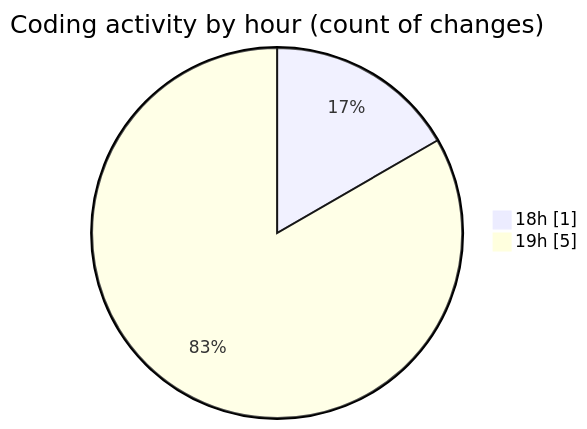
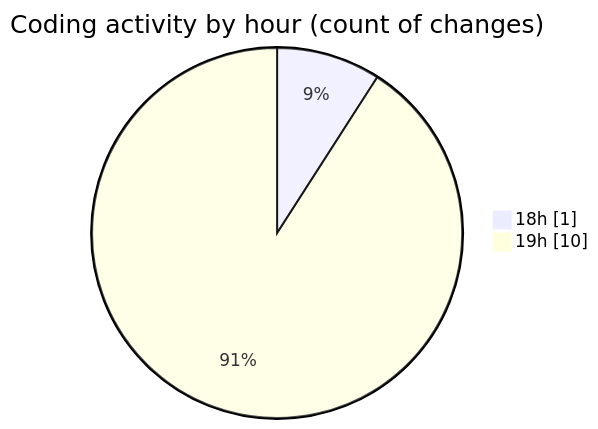
One commit to Netris89/code-tracking changed the second of 2 diagrams in 2025-03-30/front-end/README.md. Above: the diagram before and after it, drawn with Mermaid. The commit also changed other lines of this file and 1 other file, not shown here.

````diff
--- a/2025-03-30/front-end/README.md
+++ b/2025-03-30/front-end/README.md
@@ -31,6 +32,6 @@
 ```mermaid
 pie showData
 title Coding activity by hour (count of changes)
 "18h" : 1
-"19h" : 5
+"19h" : 10
 ```
````
